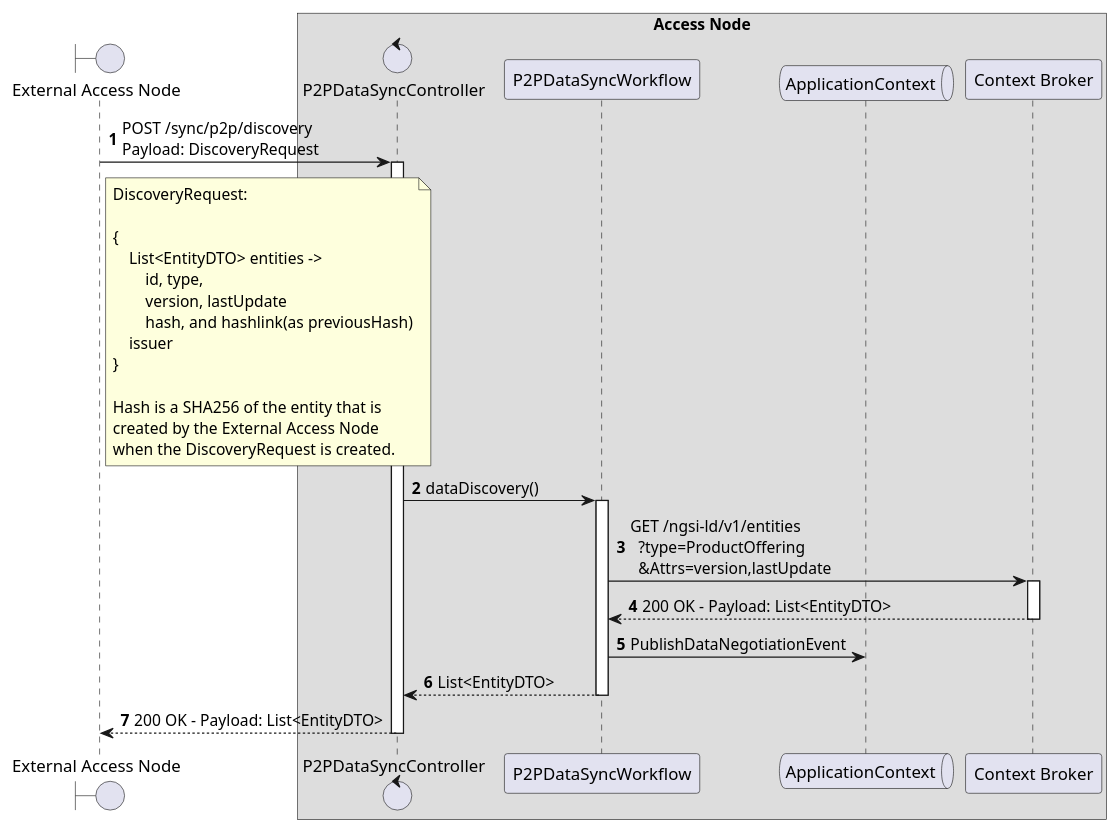
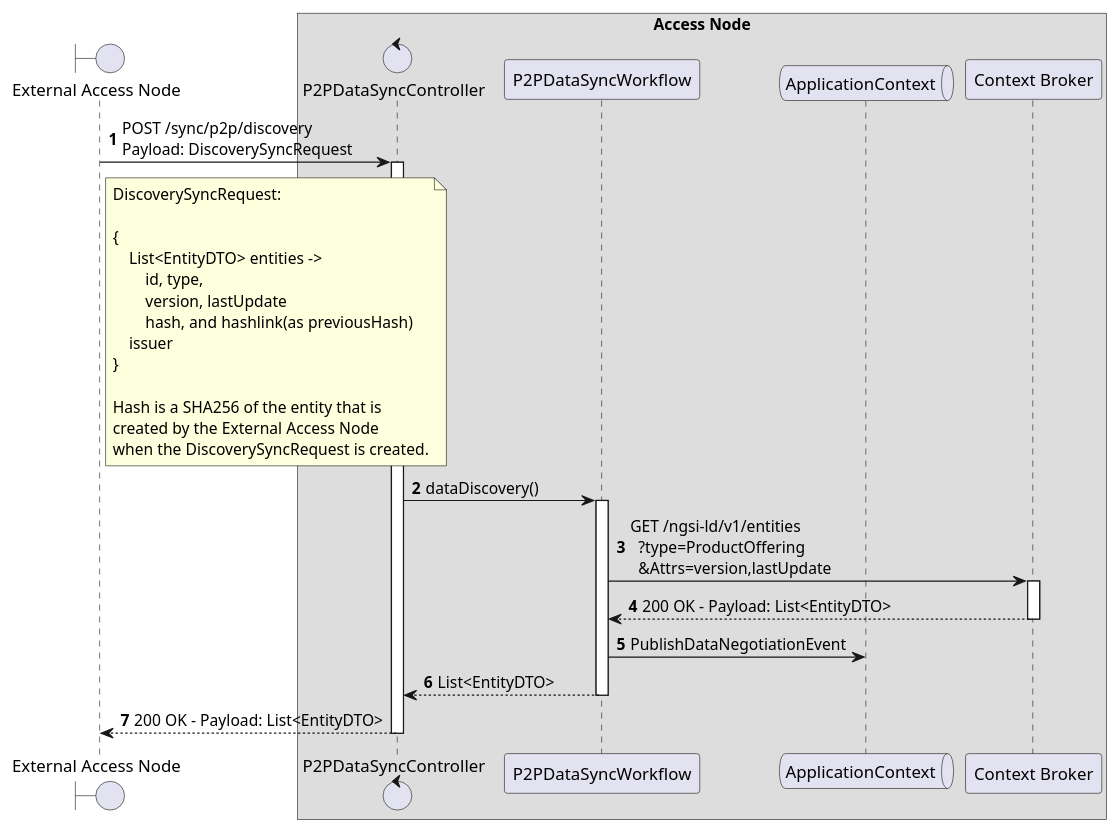
The diagram in docs/diagrams/discovery-sync/p2p-discovery-sync-local.puml (in2workspace/in2-desmos-api), drawn with PlantUML before and after one commit.

Commit message:
docs(diagrams): change naming to adapt to use case

```diff
--- a/docs/diagrams/discovery-sync/p2p-discovery-sync-local.puml
+++ b/docs/diagrams/discovery-sync/p2p-discovery-sync-local.puml
@@ -1,48 +1,48 @@
 @startuml
 'https://plantuml.com/sequence-diagram
 
 '---------- Config ----------------
 
 autonumber
 
 '---------- Header ----------------
 
 boundary "External Access Node" as ean
 
 box "Access Node"
 
   control "P2PDataSyncController" as p2pController
   participant "P2PDataSyncWorkflow" as p2pWorkflow
   queue "ApplicationContext" as ac
   participant "Context Broker" as cb
 
 end box
 
 '---------- Diagram ----------------
 
-ean -> p2pController++: POST /sync/p2p/discovery \nPayload: DiscoveryRequest
+ean -> p2pController++: POST /sync/p2p/discovery \nPayload: DiscoverySyncRequest
 
 note right of ean
-    DiscoveryRequest:
+    DiscoverySyncRequest:
 
     {
         List<EntityDTO> entities ->
             id, type,
             version, lastUpdate
             hash, and hashlink(as previousHash)
         issuer
     }
 
     Hash is a SHA256 of the entity that is
     created by the External Access Node
-    when the DiscoveryRequest is created.
+    when the DiscoverySyncRequest is created.
 end note
 
     p2pController -> p2pWorkflow++: dataDiscovery()
         p2pWorkflow -> cb++: GET /ngsi-ld/v1/entities\n  ?type=ProductOffering\n  &Attrs=version,lastUpdate
         return 200 OK - Payload: List<EntityDTO>
         p2pWorkflow -> ac: PublishDataNegotiationEvent
     return List<EntityDTO>
 return 200 OK - Payload: List<EntityDTO>
 
 @enduml
```
